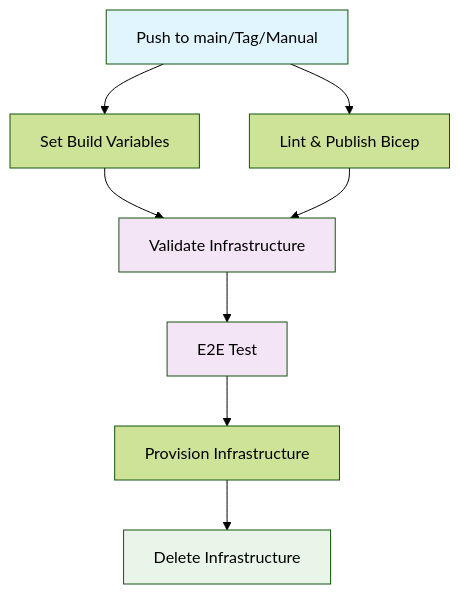
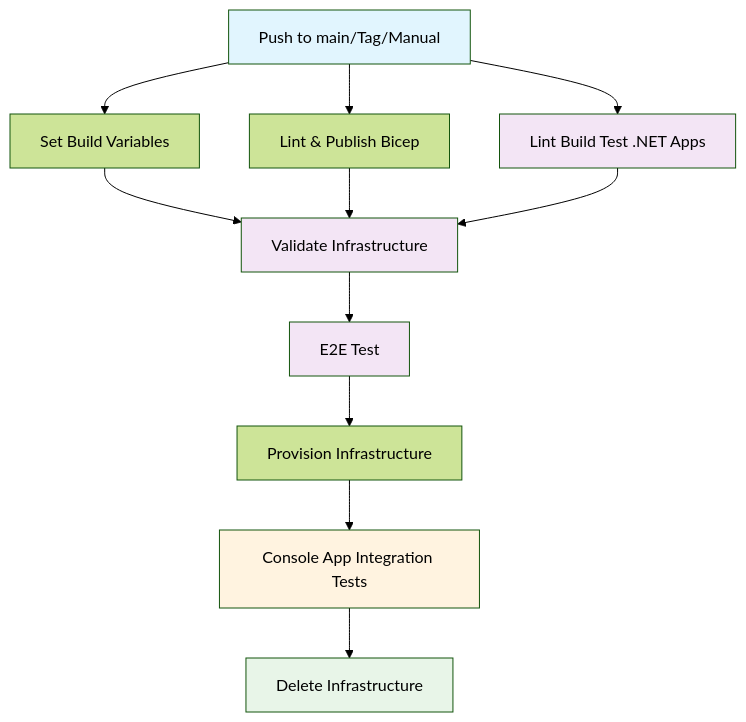
Before and after one commit to PlagueHO/genai-database-explorer: the diagram in spec/spec-process-cicd-continuous-delivery.md, drawn with Mermaid (forest theme). The commit also changed other lines of this file and 3 other files, not shown here.

````diff
--- a/spec/spec-process-cicd-continuous-delivery.md
+++ b/spec/spec-process-cicd-continuous-delivery.md
@@ -18,18 +25,23 @@
 ```mermaid
 graph TD
     A[Push to main/Tag/Manual] --> B[Set Build Variables]
     A --> C[Lint & Publish Bicep]
+    A --> H[Lint Build Test .NET Apps]
     
     B --> D[Validate Infrastructure]
     C --> D
+    H --> D
     
     D --> E[E2E Test]
     
     E --> F[Provision Infrastructure]
-    F --> G[Delete Infrastructure]
+    F --> I[Console App Integration Tests]
+    I --> G[Delete Infrastructure]
     
     style A fill:#e1f5fe
     style G fill:#e8f5e8
     style D fill:#f3e5f5
     style E fill:#f3e5f5
+    style H fill:#f3e5f5
+    style I fill:#fff3e0
 ```
````
